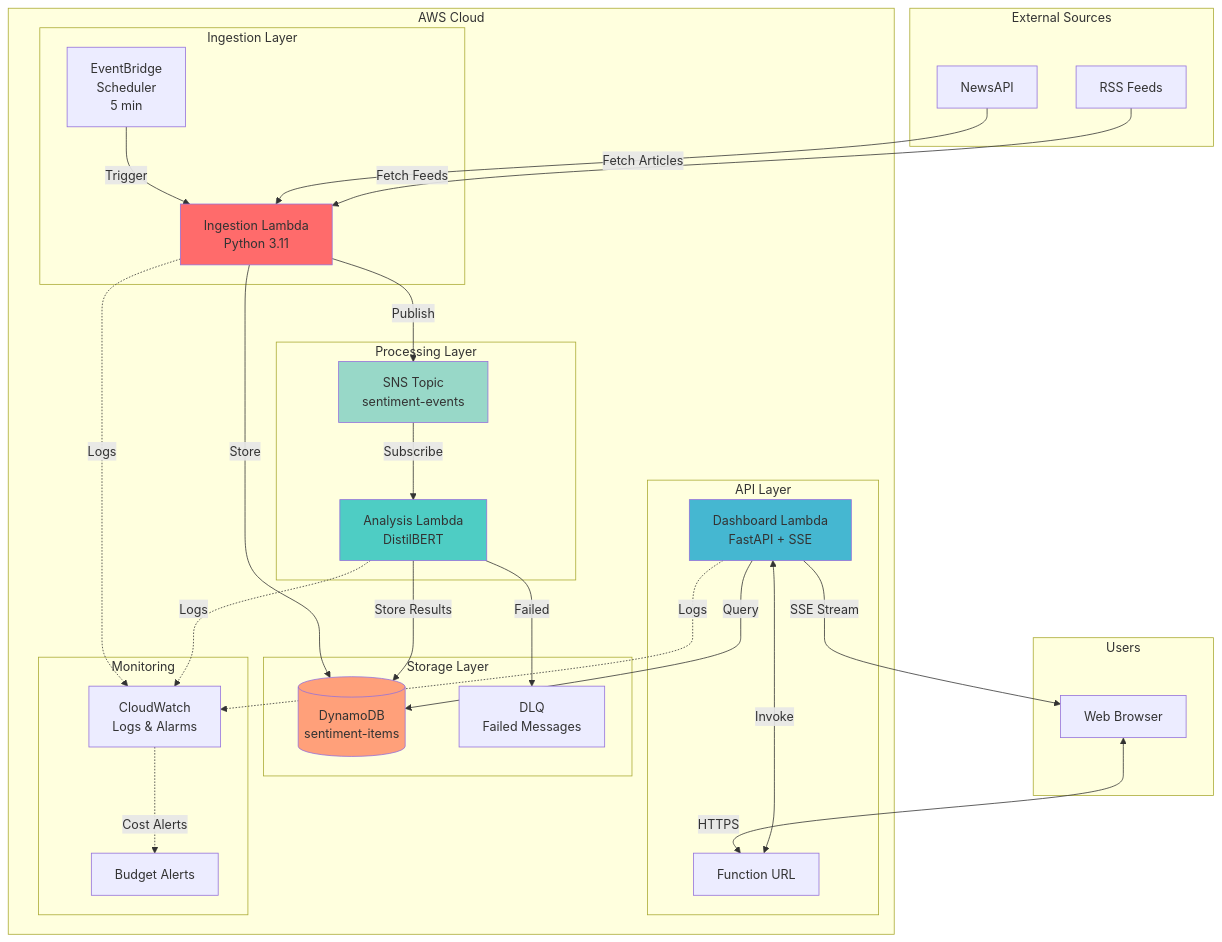
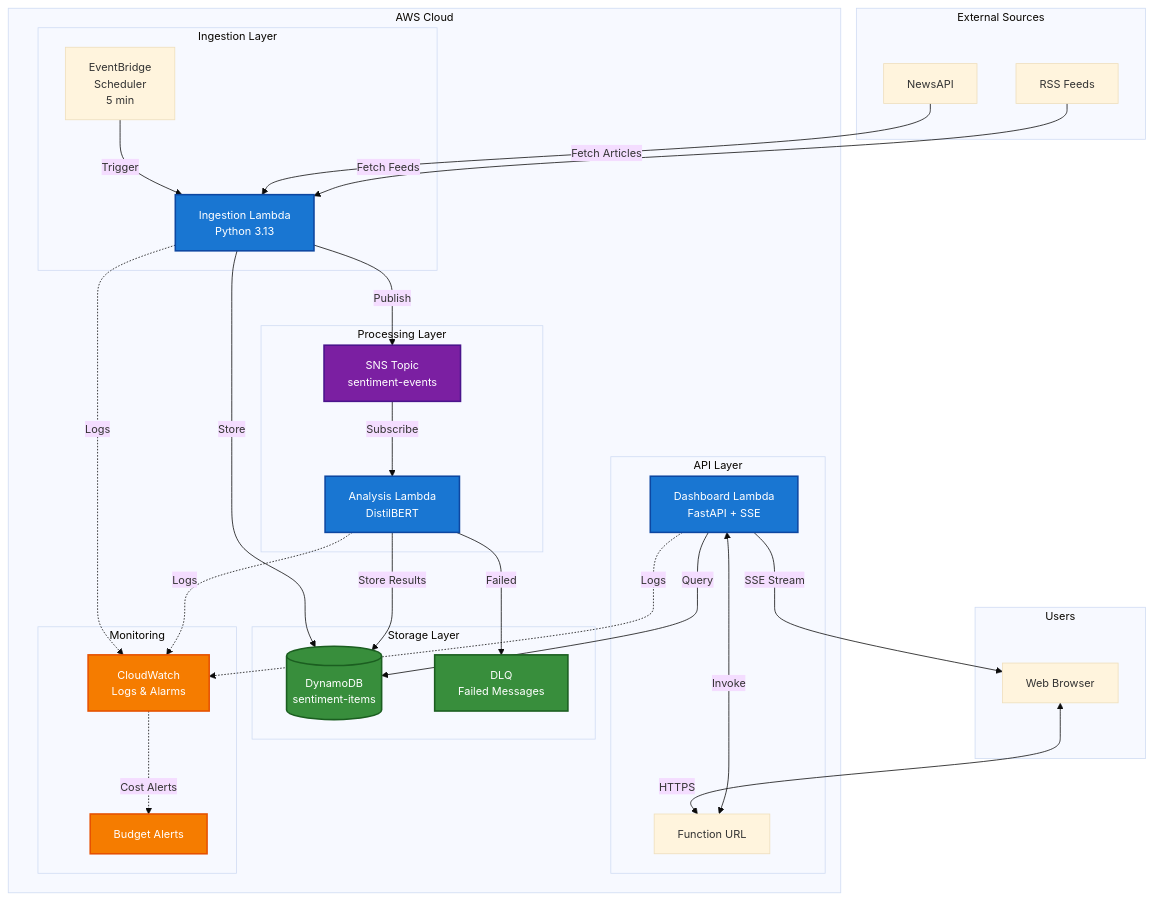
The second of 4 diagrams in README.md (traylorre/sentiment-analyzer-gsk), drawn with Mermaid before and after one commit. The commit also changed other lines of this file and 30 other files, not shown here.

First line of the commit message:
fix: Resolve CI disk space issue and upgrade dashboard Lambda memory (#51)

````diff
--- a/README.md
+++ b/README.md
@@ -158,66 +164,71 @@
 ```mermaid
+%%{init: {'theme':'base', 'themeVariables': {'fontSize':'14px'}}}%%
 graph TB
     subgraph "External Sources"
         NewsAPI[NewsAPI]
         RSS[RSS Feeds]
     end
 
     subgraph "AWS Cloud"
         subgraph "Ingestion Layer"
             EB[EventBridge<br/>Scheduler<br/>5 min]
-            Ingestion[Ingestion Lambda<br/>Python 3.11]
+            Ingestion[Ingestion Lambda<br/>Python 3.13]
         end
 
         subgraph "Processing Layer"
             SNS[SNS Topic<br/>sentiment-events]
             Analysis[Analysis Lambda<br/>DistilBERT]
         end
 
         subgraph "API Layer"
             Dashboard[Dashboard Lambda<br/>FastAPI + SSE]
             FnURL[Function URL]
         end
 
         subgraph "Storage Layer"
             DDB[(DynamoDB<br/>sentiment-items)]
             DLQ[DLQ<br/>Failed Messages]
         end
 
         subgraph "Monitoring"
             CW[CloudWatch<br/>Logs & Alarms]
             Budget[Budget Alerts]
         end
     end
 
     subgraph "Users"
         Browser[Web Browser]
     end
 
     EB -->|Trigger| Ingestion
     NewsAPI -->|Fetch Articles| Ingestion
     RSS -->|Fetch Feeds| Ingestion
 
     Ingestion -->|Publish| SNS
     Ingestion -->|Store| DDB
 
     SNS -->|Subscribe| Analysis
     Analysis -->|Store Results| DDB
     Analysis -->|Failed| DLQ
 
     Browser <-->|HTTPS| FnURL
     FnURL <-->|Invoke| Dashboard
     Dashboard -->|Query| DDB
     Dashboard -->|SSE Stream| Browser
 
     Ingestion -.->|Logs| CW
     Analysis -.->|Logs| CW
     Dashboard -.->|Logs| CW
 
     CW -.->|Cost Alerts| Budget
 
-    style Ingestion fill:#FF6B6B
-    style Analysis fill:#4ECDC4
-    style Dashboard fill:#45B7D1
-    style DDB fill:#FFA07A
-    style SNS fill:#98D8C8
+    classDef lambdaStyle fill:#1976d2,stroke:#0d47a1,stroke-width:2px,color:#fff
+    classDef storageStyle fill:#388e3c,stroke:#1b5e20,stroke-width:2px,color:#fff
+    classDef messagingStyle fill:#7b1fa2,stroke:#4a148c,stroke-width:2px,color:#fff
+    classDef monitoringStyle fill:#f57c00,stroke:#e65100,stroke-width:2px,color:#fff
+
+    class Ingestion,Analysis,Dashboard lambdaStyle
+    class DDB,DLQ storageStyle
+    class SNS messagingStyle
+    class CW,Budget monitoringStyle
 ```
````
